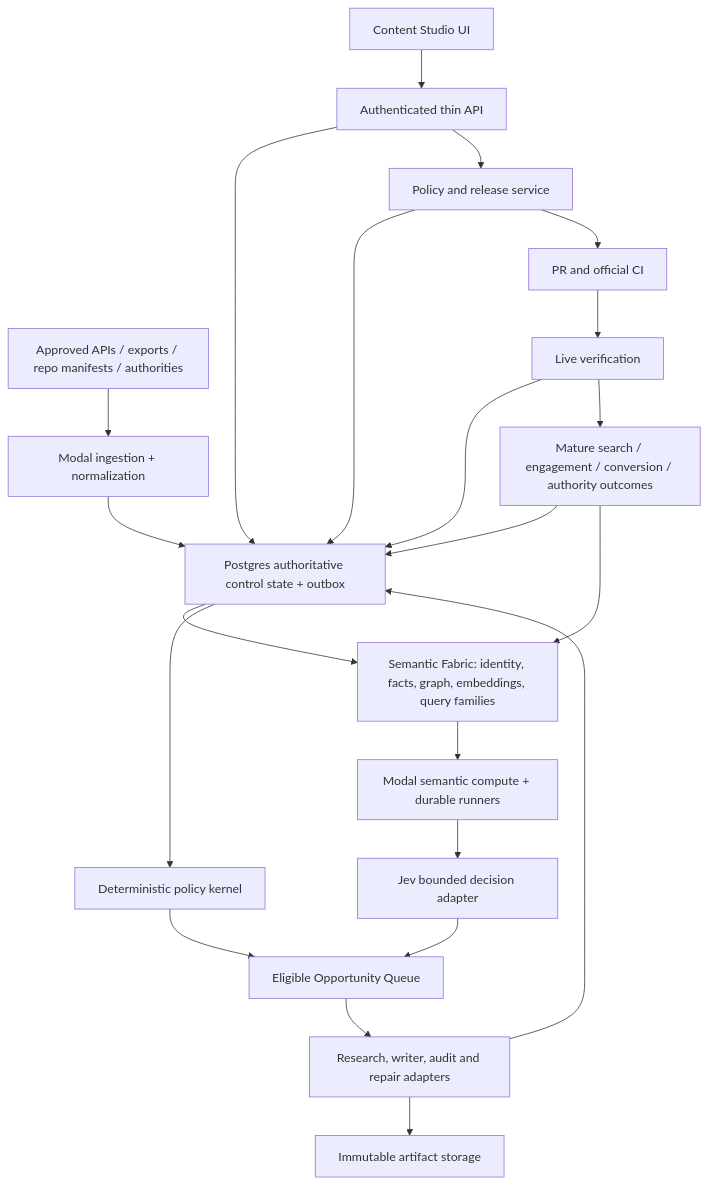
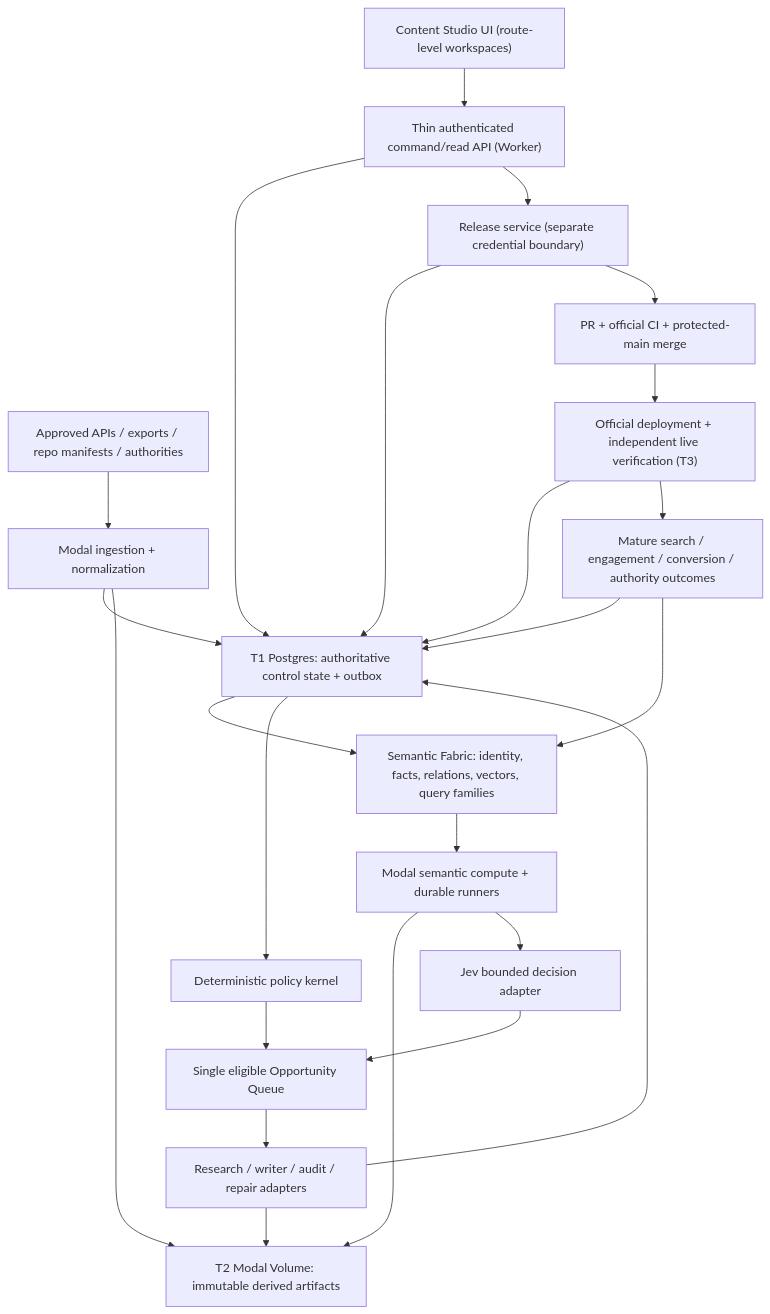
The diagram in docs/superpowers/specs/2026-09-22-content-studio-revamp-architecture.md (kylemwalkerpr-ship-it/portal), drawn with Mermaid before and after one commit. The commit also changed other lines of this file, not shown here.

Commit message:
docs(content-studio): harden revamp architecture v5

````diff
--- a/docs/superpowers/specs/2026-09-22-content-studio-revamp-architecture.md
+++ b/docs/superpowers/specs/2026-09-22-content-studio-revamp-architecture.md
@@ -33,24 +489,26 @@
 ```mermaid
 flowchart TD
-  U["Content Studio UI"] --> E["Authenticated thin API"]
-  E --> D["Postgres authoritative control state + outbox"]
+  U["Content Studio UI (route-level workspaces)"] --> E["Thin authenticated command/read API (Worker)"]
+  E --> D["T1 Postgres: authoritative control state + outbox"]
   S["Approved APIs / exports / repo manifests / authorities"] --> I["Modal ingestion + normalization"]
   I --> D
-  D --> F["Semantic Fabric: identity, facts, graph, embeddings, query families"]
+  I --> V["T2 Modal Volume: immutable derived artifacts"]
+  D --> F["Semantic Fabric: identity, facts, relations, vectors, query families"]
   F --> M["Modal semantic compute + durable runners"]
+  M --> V
   M --> J["Jev bounded decision adapter"]
   D --> K["Deterministic policy kernel"]
-  J --> O["Eligible Opportunity Queue"]
+  J --> O["Single eligible Opportunity Queue"]
   K --> O
-  O --> W["Research, writer, audit and repair adapters"]
-  W --> A["Immutable artifact storage"]
+  O --> W["Research / writer / audit / repair adapters"]
+  W --> V
   W --> D
-  E --> P["Policy and release service"]
+  E --> P["Release service (separate credential boundary)"]
   P --> D
-  P --> G["PR and official CI"]
-  G --> L["Live verification"]
+  P --> G["PR + official CI + protected-main merge"]
+  G --> L["Official deployment + independent live verification (T3)"]
   L --> D
   L --> R["Mature search / engagement / conversion / authority outcomes"]
   R --> D
   R --> F
 ```
````
